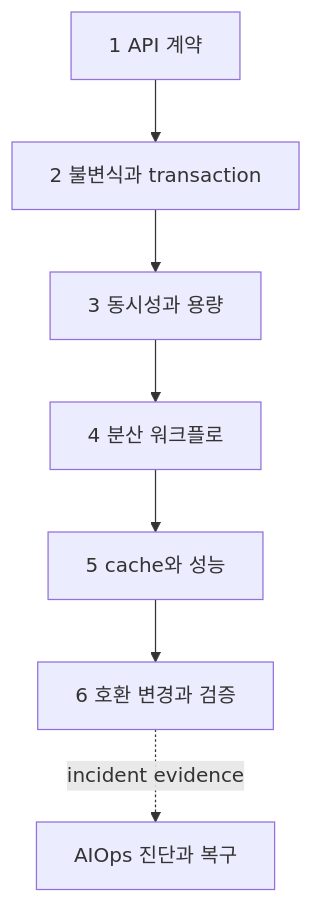
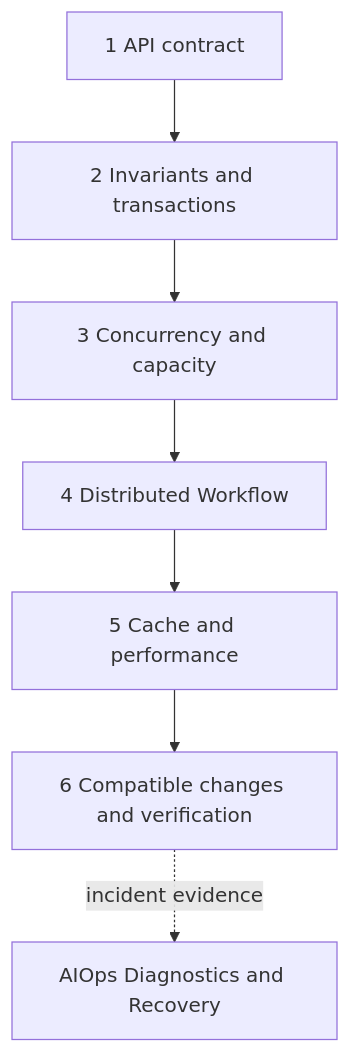
One commit to nohdol97/nohdol-study changed the second of 2 diagrams in docs-site/content/backend-engineering/00-roadmap.md. Above: the diagram before and after it, drawn with Mermaid. The commit also changed other lines of this file and 116 other files, not shown here.

````diff
--- a/docs-site/content/backend-engineering/00-roadmap.md
+++ b/docs-site/content/backend-engineering/00-roadmap.md
@@ -75,9 +75,9 @@
 ```mermaid
 flowchart TD
-    A[1 API 계약] --> B[2 불변식과 transaction]
-    B --> C[3 동시성과 용량]
-    C --> D[4 분산 워크플로]
-    D --> E[5 cache와 성능]
-    E --> F[6 호환 변경과 검증]
-    F -. incident evidence .-> G[AIOps 진단과 복구]
+    A[1 API contract] --> B[2 Invariants and transactions]
+    B --> C[3 Concurrency and capacity]
+    C --> D[4 Distributed Workflow]
+    D --> E[5 Cache and performance]
+    E --> F[6 Compatible changes and verification]
+    F -. incident evidence .-> G[AIOps Diagnostics and Recovery]
 ```
````
